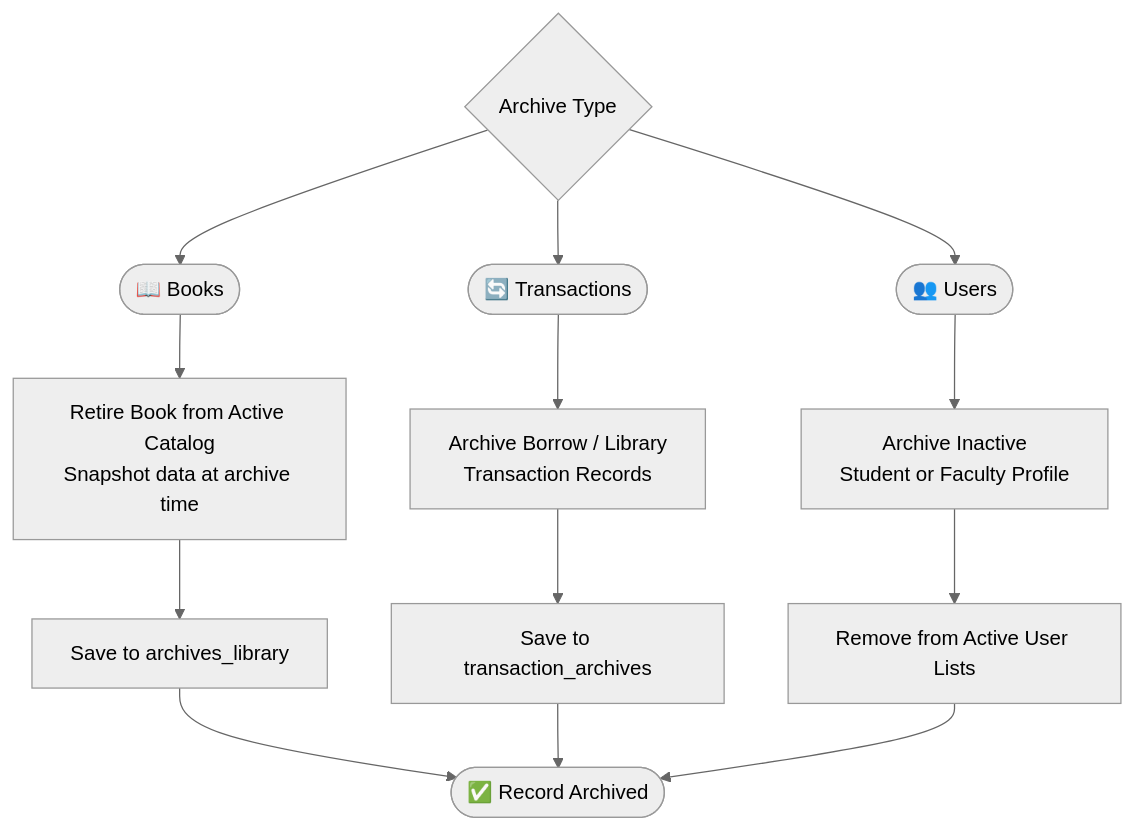
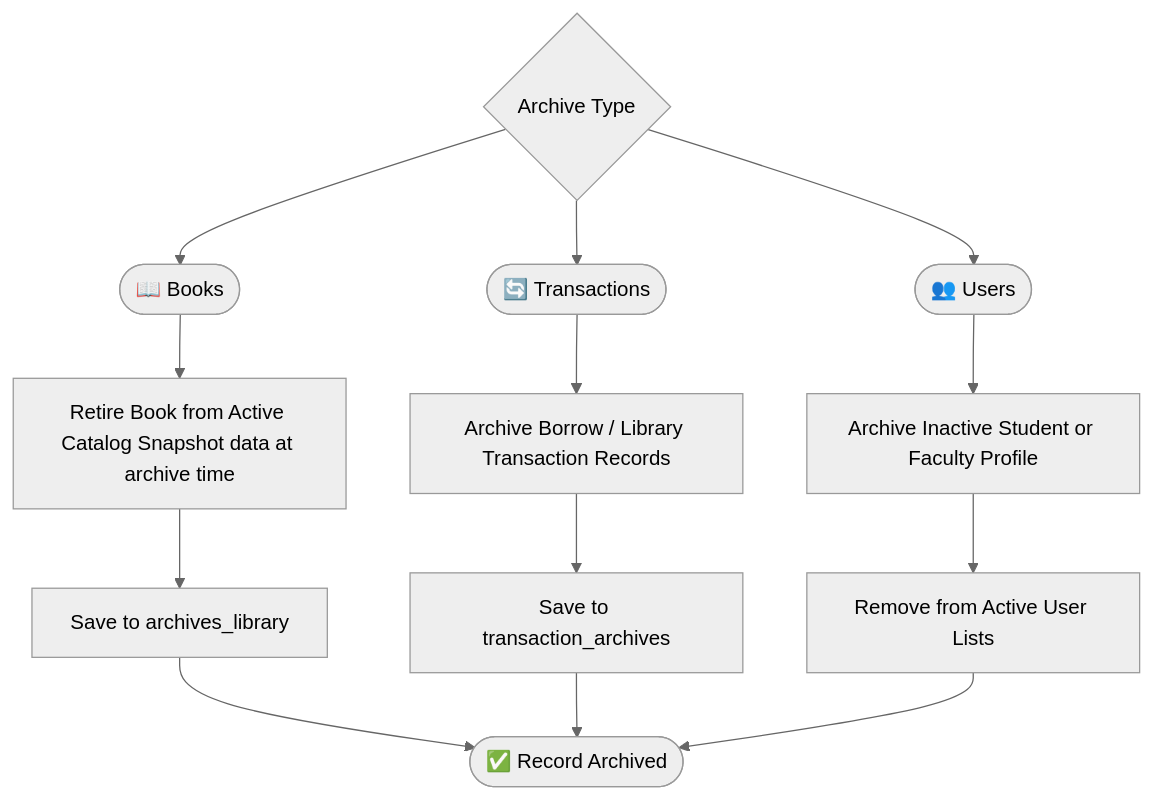
The seventh of 8 diagrams in Flowchart.md (ErickGaceta/BaguioCentralUniversity_LibraryManagementSystem), drawn with Mermaid (neutral theme) before and after one commit. The commit also changed other lines of this file, not shown here.

````diff
--- a/Flowchart.md
+++ b/Flowchart.md
@@ -139,18 +139,18 @@
 ```mermaid
 flowchart TD
     A{Archive Type} --> B([📖 Books])
     A --> C([🔄 Transactions])
     A --> D([👥 Users])
 
-    B --> E[Retire Book from Active Catalog\nSnapshot data at archive time]
-    C --> F[Archive Borrow / Library\nTransaction Records]
-    D --> G[Archive Inactive\nStudent or Faculty Profile]
+    B --> E[Retire Book from Active Catalog Snapshot data at archive time]
+    C --> F[Archive Borrow / Library Transaction Records]
+    D --> G[Archive Inactive Student or Faculty Profile]
 
     E --> H[Save to archives_library]
     F --> I[Save to transaction_archives]
     G --> J[Remove from Active User Lists]
 
     H --> K([✅ Record Archived])
     I --> K
     J --> K
 ```
````
